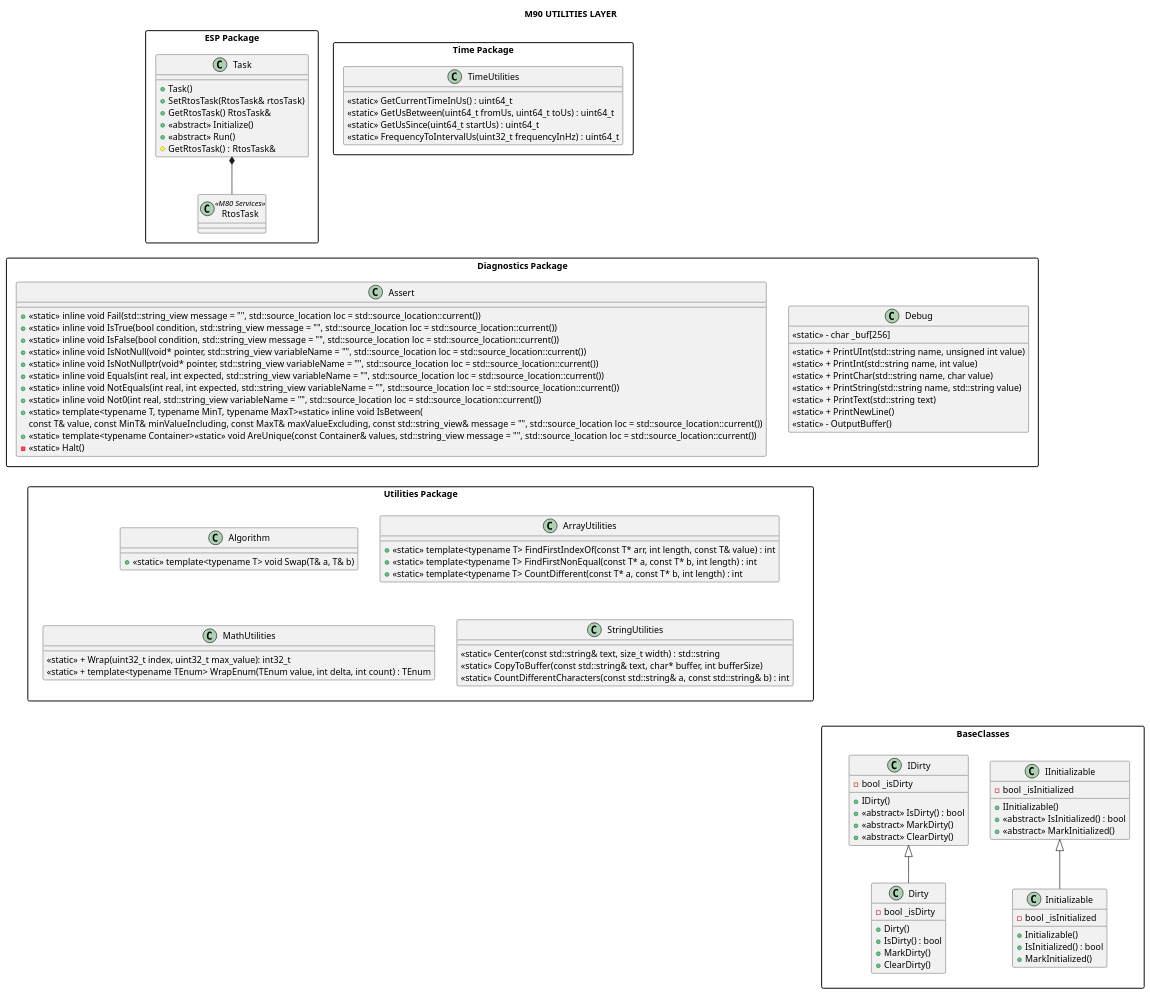
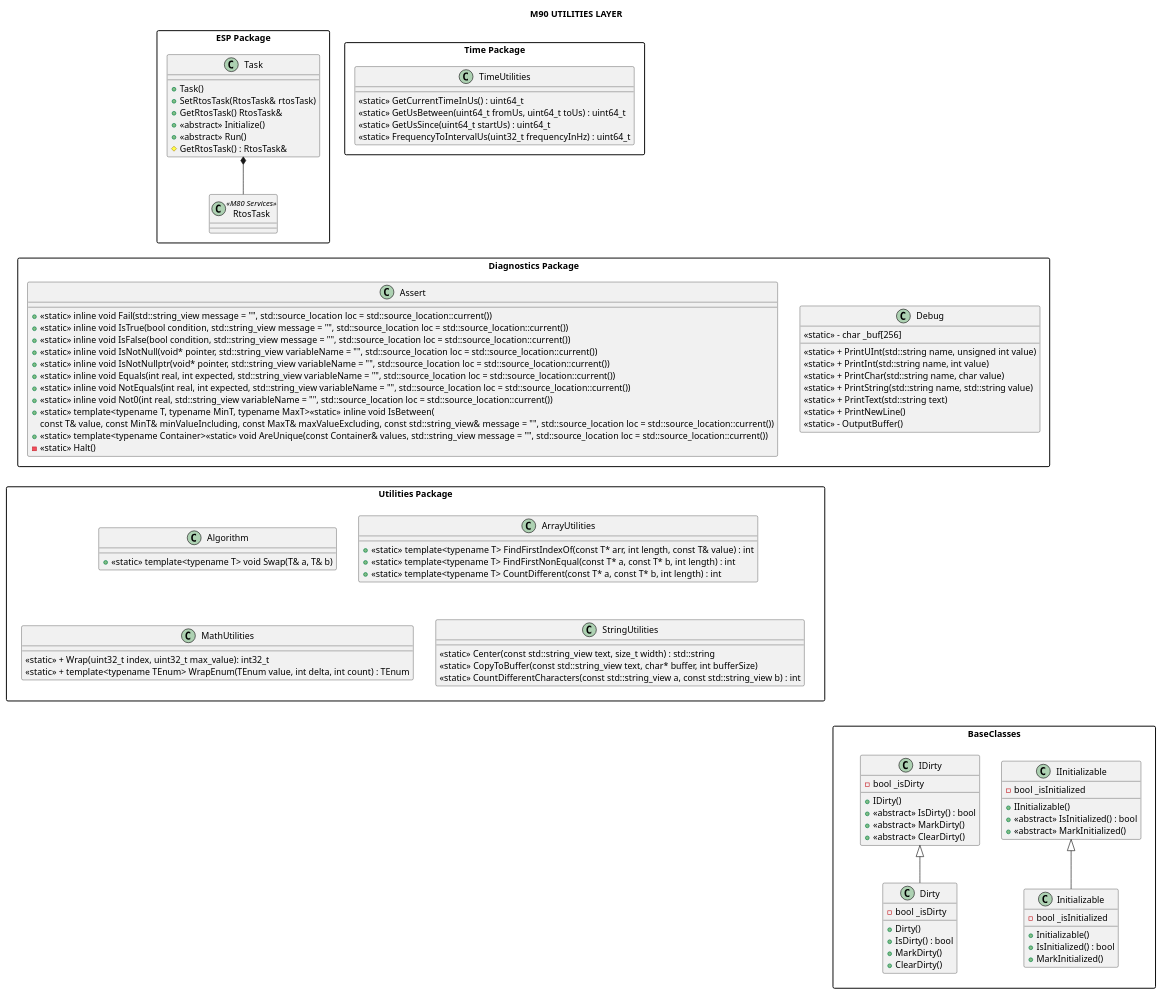
Before and after one commit to michelkeijzers/fraxis: the diagram in Docs/Software Design/Layers/M90_utilities_layer.puml, drawn with PlantUML. The commit also changed 13 other files, not shown here.

```diff
--- a/Docs/Software Design/Layers/M90_utilities_layer.puml
+++ b/Docs/Software Design/Layers/M90_utilities_layer.puml
@@ -1,142 +1,142 @@
 @startuml
 
 title M90 UTILITIES LAYER
 
 skinparam packageStyle rectangle
 skinparam lineThickness 2
 
 package "Diagnostics Package" as DiagnosticsPackage
 {
     class Assert
     {
         + <<static>> inline void Fail(std::string_view message = "", std::source_location loc = std::source_location::current())
         + <<static>> inline void IsTrue(bool condition, std::string_view message = "", std::source_location loc = std::source_location::current())
         + <<static>> inline void IsFalse(bool condition, std::string_view message = "", std::source_location loc = std::source_location::current())
         + <<static>> inline void IsNotNull(void* pointer, std::string_view variableName = "", std::source_location loc = std::source_location::current())
         + <<static>> inline void IsNotNullptr(void* pointer, std::string_view variableName = "", std::source_location loc = std::source_location::current())
         + <<static>> inline void Equals(int real, int expected, std::string_view variableName = "", std::source_location loc = std::source_location::current())
         + <<static>> inline void NotEquals(int real, int expected, std::string_view variableName = "", std::source_location loc = std::source_location::current())
         + <<static>> inline void Not0(int real, std::string_view variableName = "", std::source_location loc = std::source_location::current())
         + <<static>> template<typename T, typename MinT, typename MaxT><<static>> inline void IsBetween(
             const T& value, const MinT& minValueIncluding, const MaxT& maxValueExcluding, const std::string_view& message = "",  std::source_location loc = std::source_location::current())
         + <<static>> template<typename Container><<static>> void AreUnique(const Container& values, std::string_view message = "", std::source_location loc = std::source_location::current())
         - <<static>> Halt()
     }
 
     class Debug
     {
         <<static>> + PrintUInt(std::string name, unsigned int value)
         <<static>> + PrintInt(std::string name, int value)
         <<static>> + PrintChar(std::string name, char value)
         <<static>> + PrintString(std::string name, std::string value)
         <<static>> + PrintText(std::string text)
         <<static>> + PrintNewLine()
         <<static>> - OutputBuffer()
         <<static>> - char _buf[256]
     }
 }
 
 Package "Utilities Package" as UtilitiesPackage
 {
     class Algorithm
     {
         + <<static>> template<typename T> void Swap(T& a, T& b)
     }
 
     class ArrayUtilities
     {
         + <<static>> template<typename T> FindFirstIndexOf(const T* arr, int length, const T& value) : int
         + <<static>> template<typename T> FindFirstNonEqual(const T* a, const T* b, int length) : int
         + <<static>> template<typename T> CountDifferent(const T* a, const T* b, int length) : int
     }
 
     class MathUtilities
     {
         <<static>> + Wrap(uint32_t index, uint32_t max_value): int32_t
         <<static>> + template<typename TEnum> WrapEnum(TEnum value, int delta, int count) : TEnum
     }
 
     class StringUtilities
     {
-        <<static>> Center(const std::string& text, size_t width) : std::string
-        <<static>> CopyToBuffer(const std::string& text, char* buffer, int bufferSize)
-        <<static>> CountDifferentCharacters(const std::string& a, const std::string& b) : int
+        <<static>> Center(const std::string_view text, size_t width) : std::string
+        <<static>> CopyToBuffer(const std::string_view text, char* buffer, int bufferSize)
+        <<static>> CountDifferentCharacters(const std::string_view a, const std::string_view b) : int
     }
 }
 
 package BaseClasses
 {
     class IDirty
     {
         + IDirty()
         + <<abstract>> IsDirty() : bool
         + <<abstract>> MarkDirty()
         + <<abstract>> ClearDirty()
         - bool _isDirty
     }
 
     class Dirty
     {
         + Dirty()
         + IsDirty() : bool
         + MarkDirty()
         + ClearDirty()
         - bool _isDirty
     }
 
     Dirty -u-|> IDirty
 
     class IInitializable
     {
         + IInitializable()
         + <<abstract>> IsInitialized() : bool
         + <<abstract>> MarkInitialized()
         - bool _isInitialized
     }
 
     class Initializable
     {
         + Initializable()
         + IsInitialized() : bool
         + MarkInitialized()
         - bool _isInitialized
     }
 
     Initializable -u-|> IInitializable
 }
 
 package "ESP Package" as EspPackage
 {
     class Task
     {
         + Task()
         + SetRtosTask(RtosTask& rtosTask)
         + GetRtosTask() RtosTask&
         + <<abstract>> Initialize()
         + <<abstract>> Run() 
         # GetRtosTask() : RtosTask&
     }
 
     class RtosTask <<M80 Services>>
 
     Task *-- RtosTask
 }
 
 package "Time Package" as TimePackage
 {
     class TimeUtilities
     {
         <<static>> GetCurrentTimeInUs() : uint64_t
         <<static>> GetUsBetween(uint64_t fromUs, uint64_t toUs) : uint64_t
         <<static>> GetUsSince(uint64_t startUs) : uint64_t
         <<static>> FrequencyToIntervalUs(uint32_t frequencyInHz) : uint64_t
     }
 }
 
 Assert -u[hidden]-- Task
 Assert -u[hidden]-- TimeUtilities
 BaseClasses -u[hidden]-- UtilitiesPackage
 IDirty -u[hidden]--- Debug
 
 
 @enduml
```
